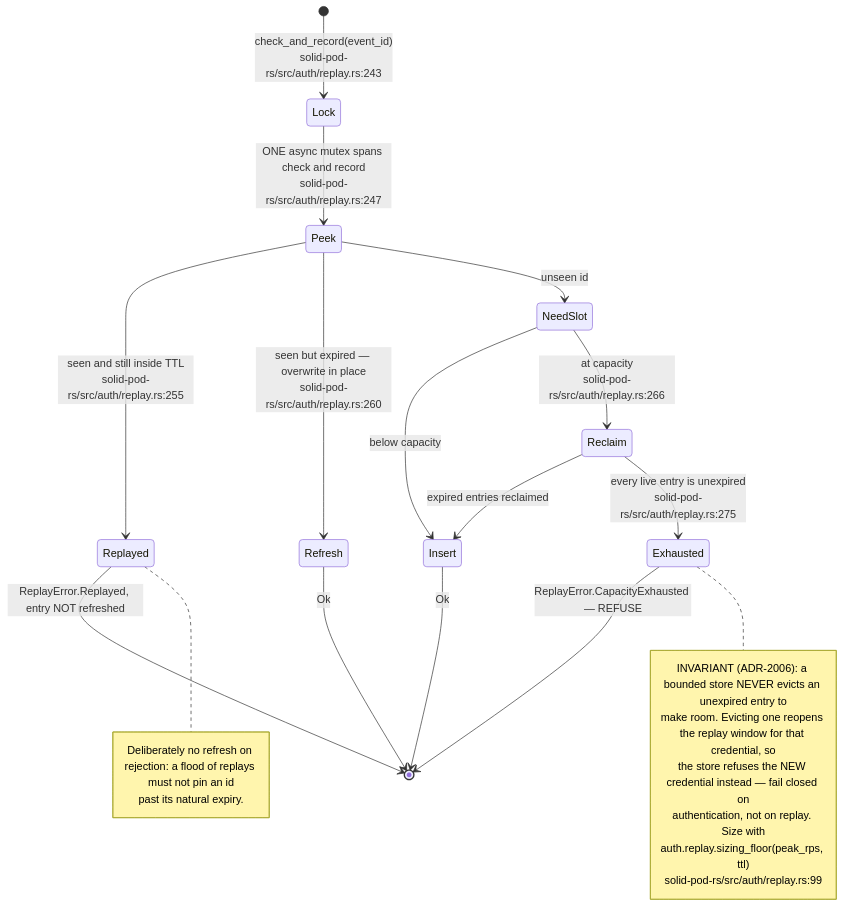
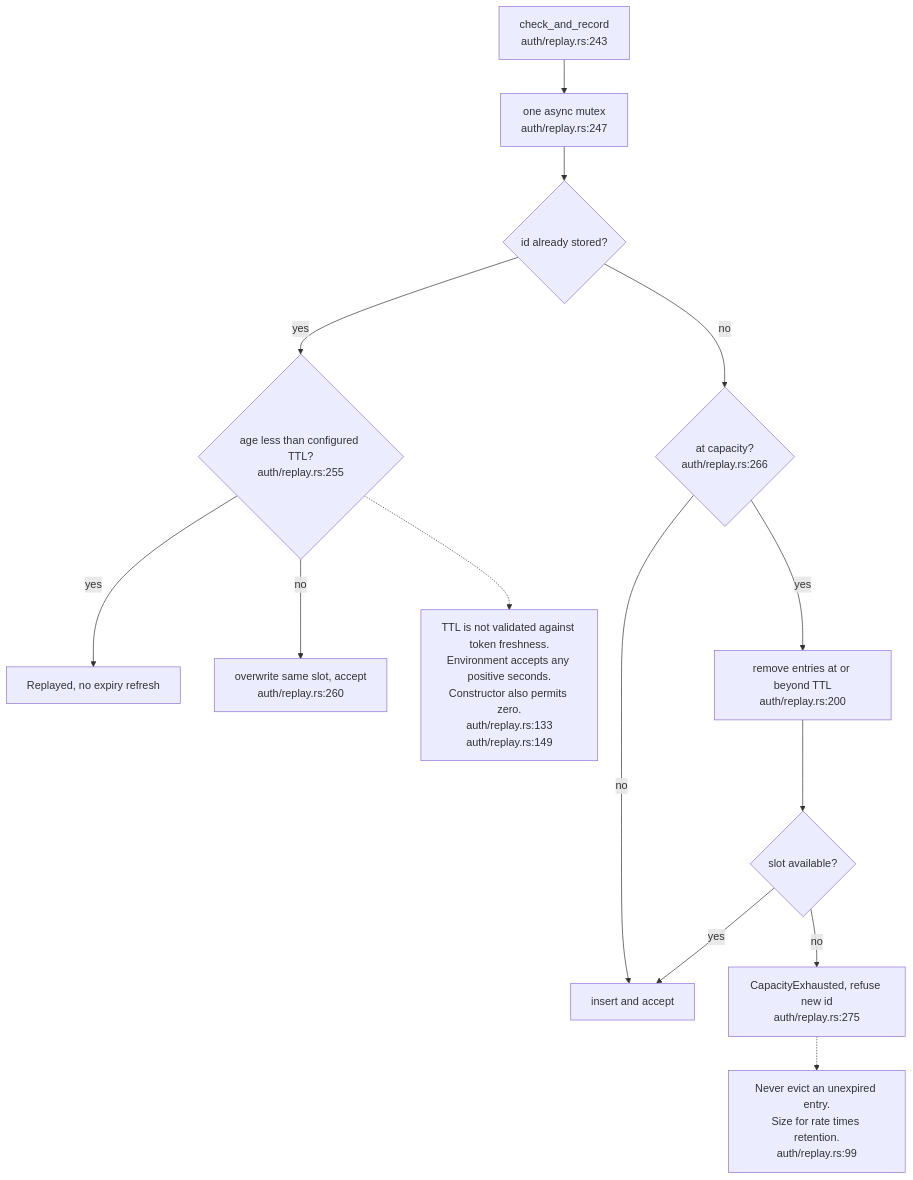
The fourth of 18 diagrams in docs/diagrams/solid-pod-rs/05-identity-nip98-did-oidc.md (DreamLab-AI/VisionFlow), drawn with Mermaid before and after one commit. The commit also changed other lines of this file and 25 other files, not shown here.

Commit message:
docs: audit Solid request binding and replay retention

````diff
--- a/docs/diagrams/solid-pod-rs/05-identity-nip98-did-oidc.md
+++ b/docs/diagrams/solid-pod-rs/05-identity-nip98-did-oidc.md
@@ -133,31 +142,29 @@
 ```mermaid
-stateDiagram-v2
-    [*] --> Lock: check_and_record(event_id)<br/>solid-pod-rs/src/auth/replay.rs:243
-    Lock --> Peek: ONE async mutex spans check and record<br/>solid-pod-rs/src/auth/replay.rs:247
-    Peek --> Replayed: seen and still inside TTL<br/>solid-pod-rs/src/auth/replay.rs:255
-    Peek --> Refresh: seen but expired — overwrite in place<br/>solid-pod-rs/src/auth/replay.rs:260
-    Peek --> NeedSlot: unseen id
-
-    NeedSlot --> Insert: below capacity
-    NeedSlot --> Reclaim: at capacity<br/>solid-pod-rs/src/auth/replay.rs:266
-    Reclaim --> Insert: expired entries reclaimed
-    Reclaim --> Exhausted: every live entry is unexpired<br/>solid-pod-rs/src/auth/replay.rs:275
-
-    Replayed --> [*]: ReplayError.Replayed, entry NOT refreshed
-    Exhausted --> [*]: ReplayError.CapacityExhausted — REFUSE
-    Insert --> [*]: Ok
-    Refresh --> [*]: Ok
-
-    note right of Exhausted
-      INVARIANT (ADR-2006): a bounded store NEVER evicts an unexpired entry to
-      make room. Evicting one reopens the replay window for that credential, so
-      the store refuses the NEW credential instead — fail closed on
-      authentication, not on replay. Size with
-      auth.replay.sizing_floor(peak_rps, ttl)
-      solid-pod-rs/src/auth/replay.rs:99
-    end note
-    note right of Replayed
-      Deliberately no refresh on rejection: a flood of replays must not pin an id
-      past its natural expiry.
-    end note
+flowchart TD
+    START["check_and_record
+auth/replay.rs:243"] --> LOCK["one async mutex
+auth/replay.rs:247"]
+    LOCK --> SEEN{"id already stored?"}
+    SEEN -->|yes| LIVE{"age less than configured TTL?
+auth/replay.rs:255"}
+    LIVE -->|yes| REPLAY["Replayed, no expiry refresh"]
+    LIVE -->|no| REFRESH["overwrite same slot, accept
+auth/replay.rs:260"]
+    SEEN -->|no| FULL{"at capacity?
+auth/replay.rs:266"}
+    FULL -->|no| INSERT["insert and accept"]
+    FULL -->|yes| RECLAIM["remove entries at or beyond TTL
+auth/replay.rs:200"]
+    RECLAIM --> SPACE{"slot available?"}
+    SPACE -->|yes| INSERT
+    SPACE -->|no| REFUSE["CapacityExhausted, refuse new id
+auth/replay.rs:275"]
+    REFUSE -.-> KEEP["Never evict an unexpired entry.
+Size for rate times retention.
+auth/replay.rs:99"]
+    LIVE -.-> LIMIT["TTL is not validated against token freshness.
+Environment accepts any positive seconds.
+Constructor also permits zero.
+auth/replay.rs:133
+auth/replay.rs:149"]
 ```
````
